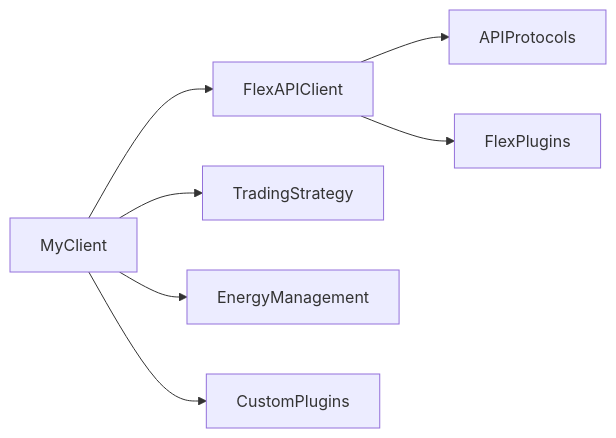
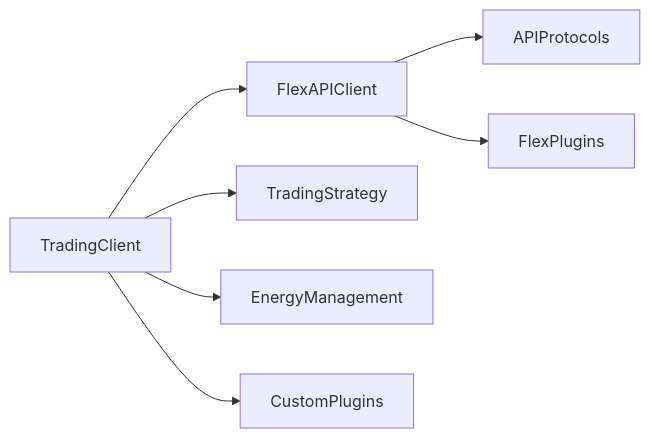
The diagram in README.md (GLocalFlex/GLocalFlexTrade), drawn with Mermaid before and after one commit. The commit also changed 1 other file, not shown here.

Commit message:
refactor: update README

````diff
--- a/README.md
+++ b/README.md
@@ -34,9 +34,9 @@
 ``` mermaid
 graph LR
-    MyClient --> FlexAPIClient
-    MyClient --> TradingStrategy
-    MyClient --> EnergyManagement
-    MyClient --> CustomPlugins
+    TradingClient --> FlexAPIClient
+    TradingClient --> TradingStrategy
+    TradingClient --> EnergyManagement
+    TradingClient --> CustomPlugins
     FlexAPIClient --> APIProtocols
     FlexAPIClient --> FlexPlugins
 ```
````
